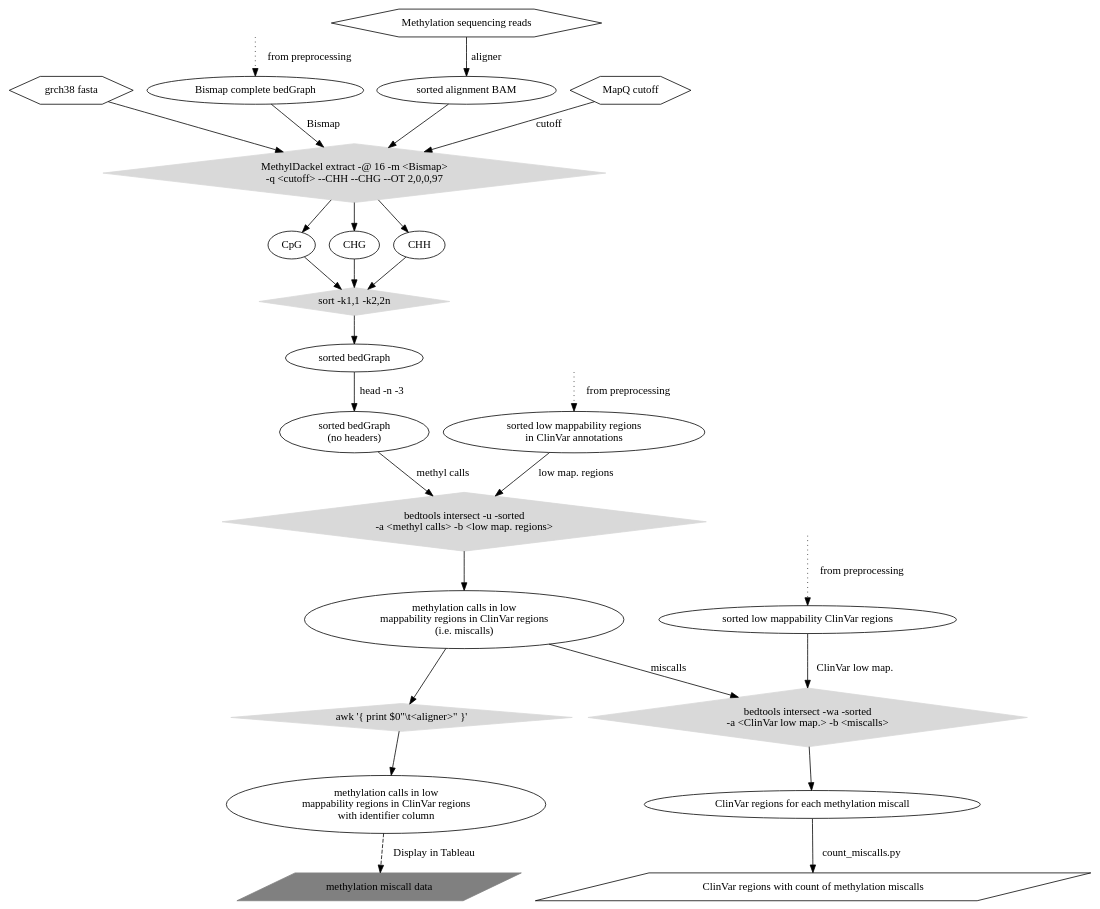
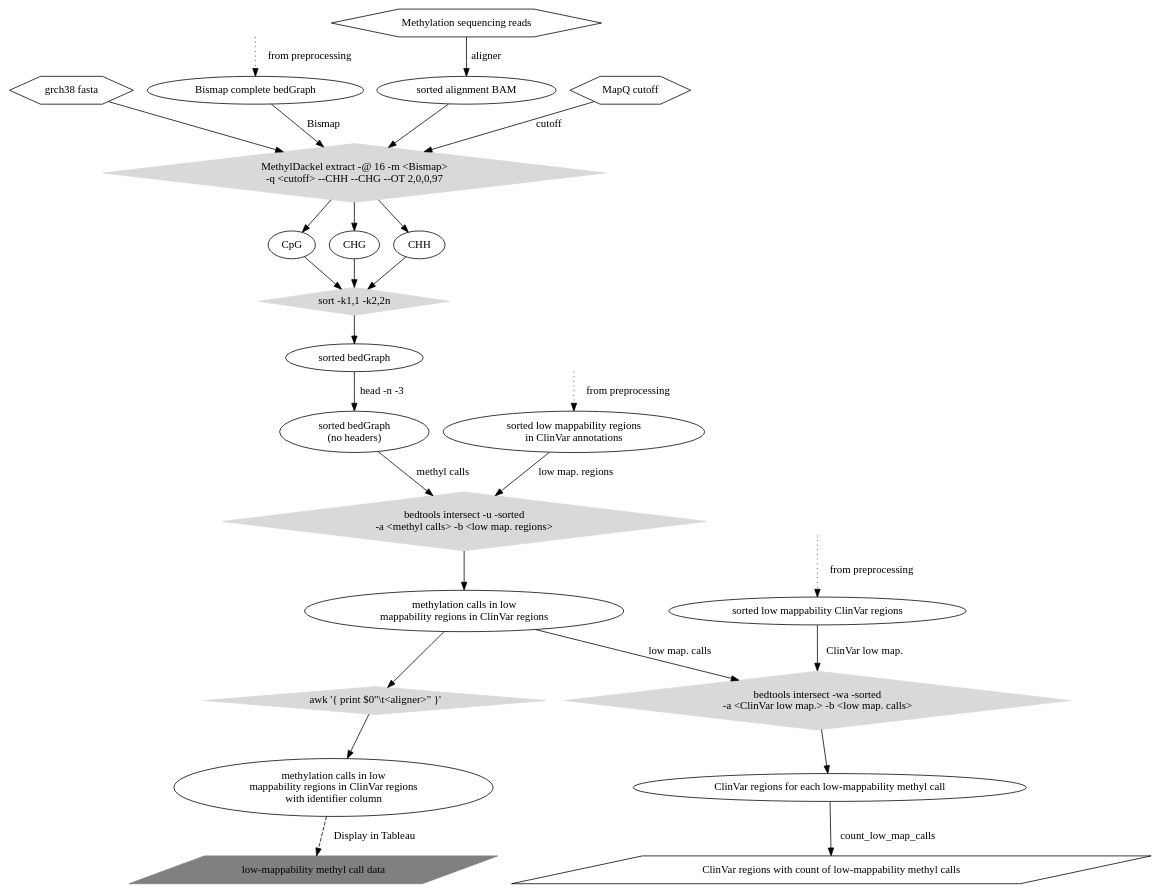
Before and after one commit to nebiolabs/low_bismap_methyl_calls: the diagram in methylation workflow bams.dot, drawn with Graphviz. The commit also changed 1 other file, not shown here.

Commit message:
Removed misuse of "miscall" from BAM processing figure.

```diff
--- a/methylation workflow bams.dot
+++ b/methylation workflow bams.dot
@@ -1,92 +1,92 @@
 digraph workflow {
 
 	"grch38 fasta" [shape=hexagon, label="grch38 fasta"];
 
 	"Bismap complete bedGraph";
 
 	"PREPROC_1" -> "Bismap complete bedGraph" [label="from preprocessing", style=dotted];
 
 	"PREPROC_1" [style=invis];
 
 	"Bismap complete bedGraph" -> "MethylDackel extract -@ 16 -q <cutoff>\n--CHH --CHG --OT 2,0,0,97_2" [label="Bismap"];
 
 	"Methylation sequencing reads" [shape=hexagon];
 
 	"Methylation sequencing reads" -> "sorted alignment BAM" [label="aligner"];
 
 	"MapQ cutoff" [shape=hexagon];
 
 	"MapQ cutoff" -> "MethylDackel extract -@ 16 -q <cutoff>\n--CHH --CHG --OT 2,0,0,97_2" [label="cutoff"];
 
 	"grch38 fasta" -> "MethylDackel extract -@ 16 -q <cutoff>\n--CHH --CHG --OT 2,0,0,97_2";
 
 	"sort -k1,1 -k2,2n_2" [shape=diamond,  color=gray85, style=filled, label="sort -k1,1 -k2,2n"];
 	"sort -k1,1 -k2,2n_2" -> "sorted bedGraph";
 	"sorted bedGraph" -> "sorted bedGraph\n(no headers)" [label="head -n -3"];
 	"CpG" -> "sort -k1,1 -k2,2n_2";
 	"CHG" -> "sort -k1,1 -k2,2n_2" ;
 	"CHH" -> "sort -k1,1 -k2,2n_2";
 	"MethylDackel extract -@ 16 -q <cutoff>\n--CHH --CHG --OT 2,0,0,97_2" [shape=diamond,  color=gray85, style=filled, label="MethylDackel extract -@ 16 -m <Bismap> \n-q <cutoff> --CHH --CHG --OT 2,0,0,97"];
 	"sorted alignment BAM" -> "MethylDackel extract -@ 16 -q <cutoff>\n--CHH --CHG --OT 2,0,0,97_2";
 	"MethylDackel extract -@ 16 -q <cutoff>\n--CHH --CHG --OT 2,0,0,97_2" -> "CHG";
 	"MethylDackel extract -@ 16 -q <cutoff>\n--CHH --CHG --OT 2,0,0,97_2" -> "CpG";
 	"MethylDackel extract -@ 16 -q <cutoff>\n--CHH --CHG --OT 2,0,0,97_2" -> "CHH";
 	"sorted bedGraph\n(no headers)" -> "bedtools intersect -u_2" [label="methyl calls"];
 
 	"sorted low mappability regions\nin ClinVar annotations 2" [label="sorted low mappability regions\nin ClinVar annotations"];
 
 	"PREPROC_2" -> "sorted low mappability regions\nin ClinVar annotations 2" [label="from preprocessing", style=dotted];
 
 	"PREPROC_2" [style=invis];
 
 	"sorted low mappability regions\nin ClinVar annotations 2" -> "bedtools intersect -u_2" [label="low map. regions"];
 
 	"sorted low mappability ClinVar regions 2" [label="sorted low mappability ClinVar regions"];
 
 	"PREPROC_3" -> "sorted low mappability ClinVar regions 2" [label="from preprocessing", style=dotted];
 
 	"PREPROC_3" [style=invis];
 
 	"sorted low mappability ClinVar regions 2" -> "bedtools intersect -u_3b" [label="ClinVar low map."];
 
 	"bedtools intersect -u_2" [label="bedtools intersect -u -sorted \n-a <methyl calls> -b <low map. regions>", shape=diamond,  color=gray85, style=filled];
 
-	"bedtools intersect -u_2" -> "methylation calls in low\nmappability regions in ClinVar regions\n(i.e. miscalls)";
+	"bedtools intersect -u_2" -> "methylation calls in low\nmappability regions in ClinVar regions";
 
- 	"bedtools intersect -u_3b" [shape=diamond,  color=gray85, style=filled, label="bedtools intersect -wa -sorted \n-a <ClinVar low map.> -b <miscalls>"];
+ 	"bedtools intersect -u_3b" [shape=diamond,  color=gray85, style=filled, label="bedtools intersect -wa -sorted \n-a <ClinVar low map.> -b <low map. calls>"];
 
-	"methylation calls in low\nmappability regions in ClinVar regions\n(i.e. miscalls)" -> "bedtools intersect -u_3b" [label="miscalls"];
+	"methylation calls in low\nmappability regions in ClinVar regions" -> "bedtools intersect -u_3b" [label="low map. calls"];
 	
-	"bedtools intersect -u_3b" -> "ClinVar regions for each methylation miscall";
+	"bedtools intersect -u_3b" -> "ClinVar regions for each low-mappability methyl call";
 
-	"ClinVar regions for each methylation miscall" -> "ClinVar regions with count of methylation miscalls" [label="count_miscalls.py"];
+	"ClinVar regions for each low-mappability methyl call" -> "ClinVar regions with count of low-mappability methyl calls" [label="count_low_map_calls"];
 
-	"methylation miscall data" [shape=box, color=gray, style=filled];
+	"low-mappability methyl call data" [shape=box, color=gray, style=filled];
 
 	"awk \'{ print $0\"\\t<aligner>\" }\'" [shape=diamond,  color=gray85, style=filled];
 
 
-	"methylation calls in low\nmappability regions in ClinVar regions\n(i.e. miscalls)" -> "awk \'{ print $0\"\\t<aligner>\" }\'";
+	"methylation calls in low\nmappability regions in ClinVar regions" -> "awk \'{ print $0\"\\t<aligner>\" }\'";
 
 
 
 	"awk \'{ print $0\"\\t<aligner>\" }\'" -> "methylation calls in low\nmappability regions in ClinVar regions\nwith identifier column";
 
 
 
 
-	"methylation calls in low\nmappability regions in ClinVar regions\nwith identifier column" -> "methylation miscall data" [style=dashed, label="Display in Tableau"]
+	"methylation calls in low\nmappability regions in ClinVar regions\nwith identifier column" -> "low-mappability methyl call data" [style=dashed, label="Display in Tableau"]
 
-	"methylation miscall data" [shape=parallelogram];
+	"low-mappability methyl call data" [shape=parallelogram];
 
-	"ClinVar regions with count of methylation miscalls" [shape=parallelogram];
+	"ClinVar regions with count of low-mappability methyl calls" [shape=parallelogram];
 
-	#"ClinVar regions with methylation miscalls" -> "Examine Data" [style=invis];
+	#"ClinVar regions with low-mappability methyl calls" -> "Examine Data" [style=invis];
 
-	#"bismark vs. bwameth\nmethylation miscall comparison" -> "Examine Data" [style=invis];
+	#"bismark vs. bwameth\nlow-mappability methyl call comparison" -> "Examine Data" [style=invis];
 
 	
 
 
 	
  }
```
